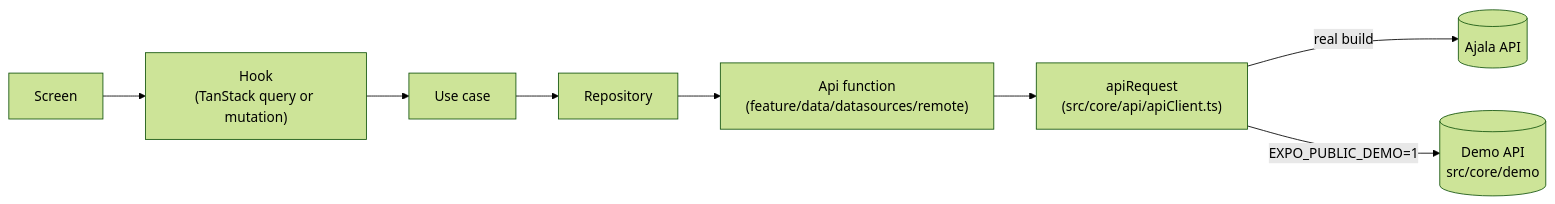
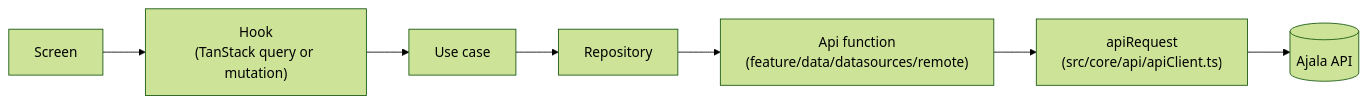
One commit to Rinwaoluwa/Ajala changed the diagram in docs/BACKEND_GUIDE.md. Above: the diagram before and after it, drawn with Mermaid (forest theme). The commit also changed other lines of this file and 7 other files, not shown here.

````diff
--- a/docs/BACKEND_GUIDE.md
+++ b/docs/BACKEND_GUIDE.md
@@ -18,10 +19,9 @@
 ```mermaid
 flowchart LR
   S[Screen] --> H["Hook<br/>(TanStack query or mutation)"]
   H --> U[Use case]
   U --> R[Repository]
   R --> A["Api function<br/>(feature/data/datasources/remote)"]
   A --> C["apiRequest<br/>(src/core/api/apiClient.ts)"]
-  C -->|real build| API[(Ajala API)]
-  C -->|EXPO_PUBLIC_DEMO=1| D[(Demo API<br/>src/core/demo)]
+  C --> API[(Ajala API)]
 ```
````
